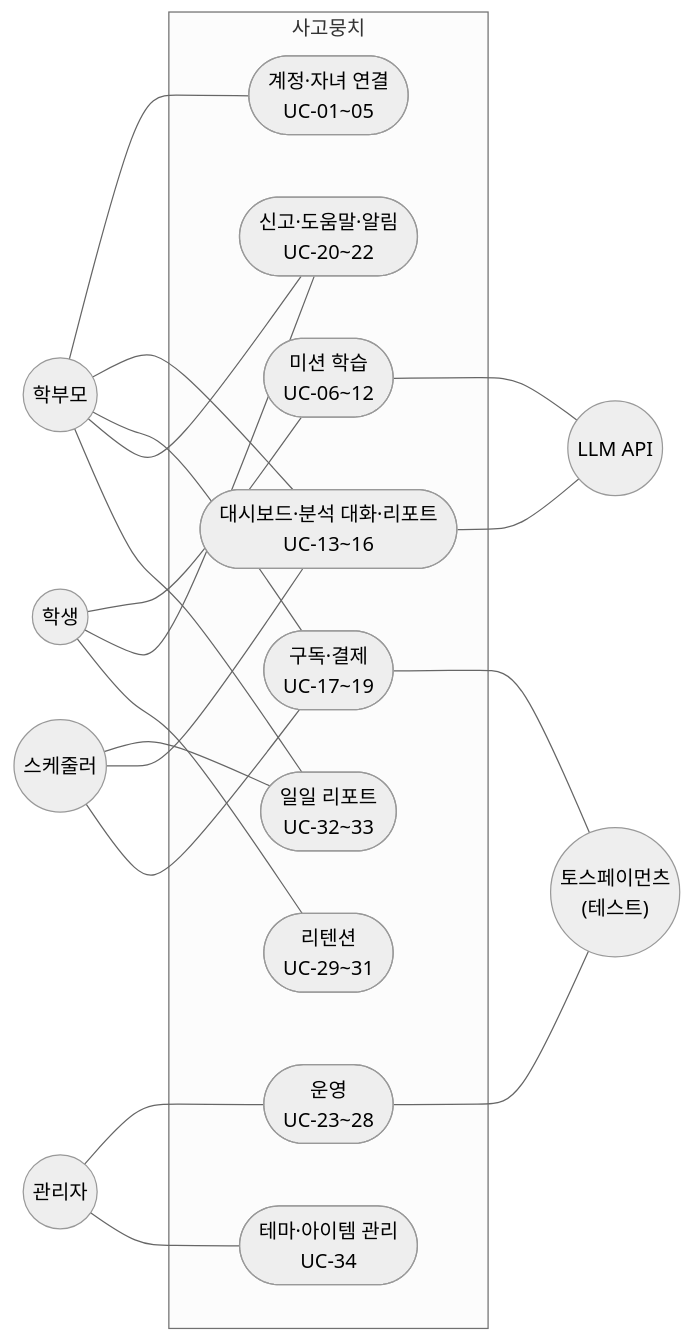
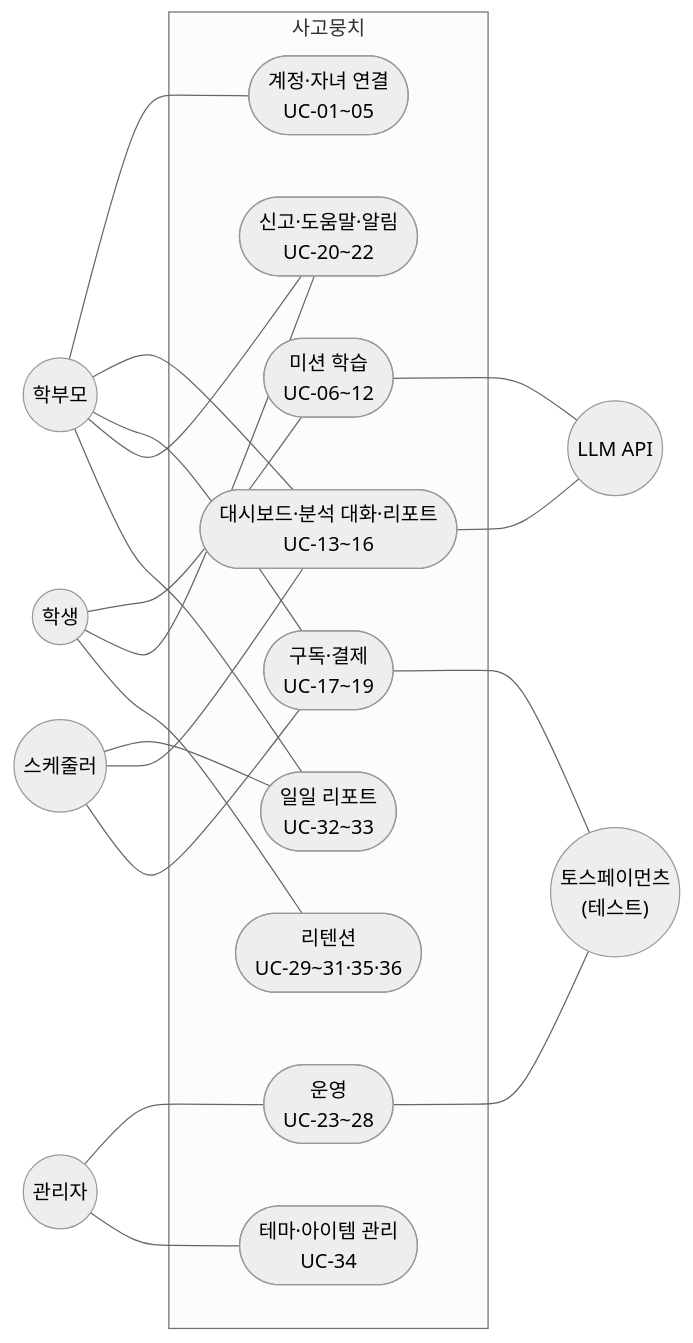
One commit to SKNETWORKS-FAMILY-AICAMP/SKN34-FINAL-3TEAM changed the first of 5 diagrams in docs/design/usecase.md. Above: the diagram before and after it, drawn with Mermaid (neutral theme). The commit also changed other lines of this file and 14 other files, not shown here.

````diff
--- a/docs/design/usecase.md
+++ b/docs/design/usecase.md
@@ -28,39 +28,39 @@
 ```mermaid
 flowchart LR
   STU(("학생"))
   PAR(("학부모"))
   ADM(("관리자"))
   SCH(("스케줄러"))
   LLM(("LLM API"))
   PG(("토스페이먼츠<br/>(테스트)"))
 
   subgraph SYS["사고뭉치"]
     A1(["계정·자녀 연결<br/>UC-01~05"])
     A2(["미션 학습<br/>UC-06~12"])
     A3(["대시보드·분석 대화·리포트<br/>UC-13~16"])
     A4(["구독·결제<br/>UC-17~19"])
     A5(["신고·도움말·알림<br/>UC-20~22"])
     A6(["운영<br/>UC-23~28"])
-    A7(["리텐션<br/>UC-29~31"])
+    A7(["리텐션<br/>UC-29~31·35·36"])
     A8(["일일 리포트<br/>UC-32~33"])
     A9(["테마·아이템 관리<br/>UC-34"])
   end
 
   STU --- A2
   STU --- A5
   PAR --- A1
   PAR --- A3
   PAR --- A4
   PAR --- A5
   ADM --- A6
   STU --- A7
   PAR --- A8
   SCH --- A8
   ADM --- A9
   SCH --- A3
   SCH --- A4
   A2 --- LLM
   A3 --- LLM
   A4 --- PG
   A6 --- PG
 ```
````
